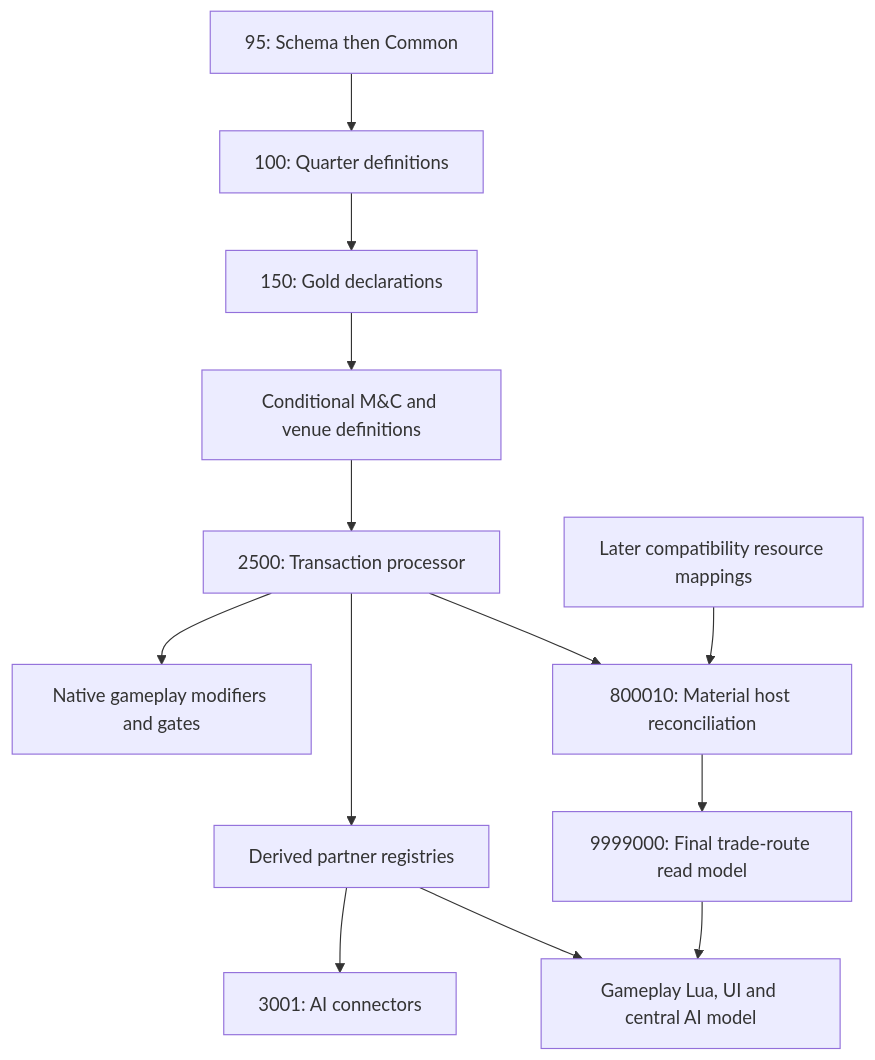
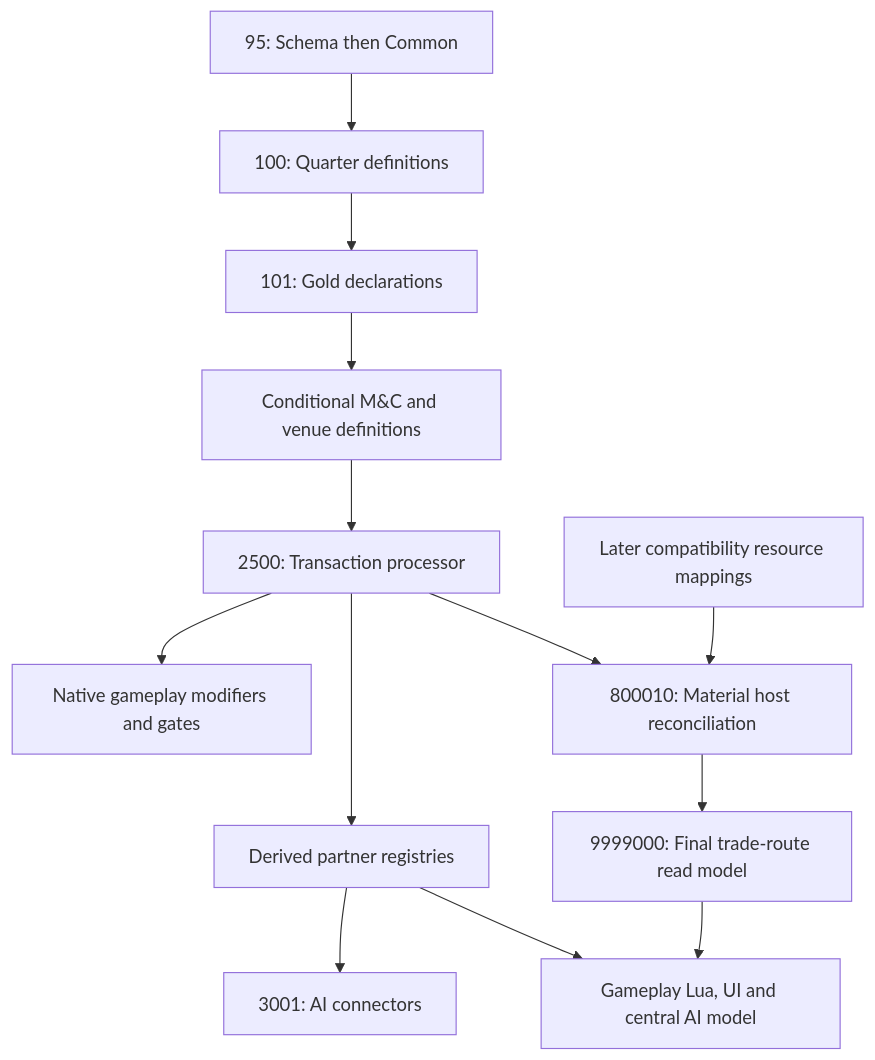
Before and after one commit to hennogous/Henno-Mods: the diagram in project/docs/integrations/csc-shared-sql.md, drawn with Mermaid. The commit also changed other lines of this file and 17 other files, not shown here.

Commit message:
Align Quarter contracts and validators with shared SQL architecture

````diff
--- a/project/docs/integrations/csc-shared-sql.md
+++ b/project/docs/integrations/csc-shared-sql.md
@@ -28,15 +28,15 @@
 ```mermaid
 flowchart TD
     S[95: Schema then Common] --> Q[100: Quarter definitions]
-    Q --> G[150: Gold declarations]
+    Q --> G[101: Gold declarations]
     G --> M[Conditional M&C and venue definitions]
     M --> P[2500: Transaction processor]
     P --> N[Native gameplay modifiers and gates]
     P --> R[Derived partner registries]
     R --> A[3001: AI connectors]
     R --> L[Gameplay Lua, UI and central AI model]
     C[Later compatibility resource mappings] --> H[800010: Material host reconciliation]
     P --> H
     H --> T[9999000: Final trade-route read model]
     T --> L
 ```
````
